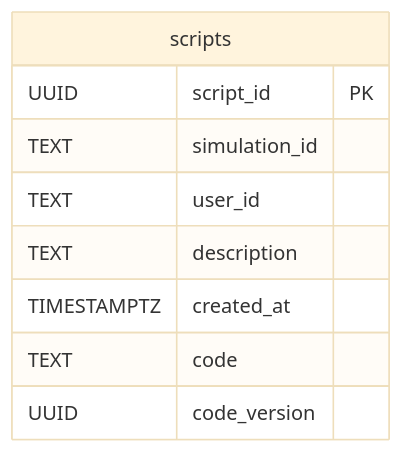
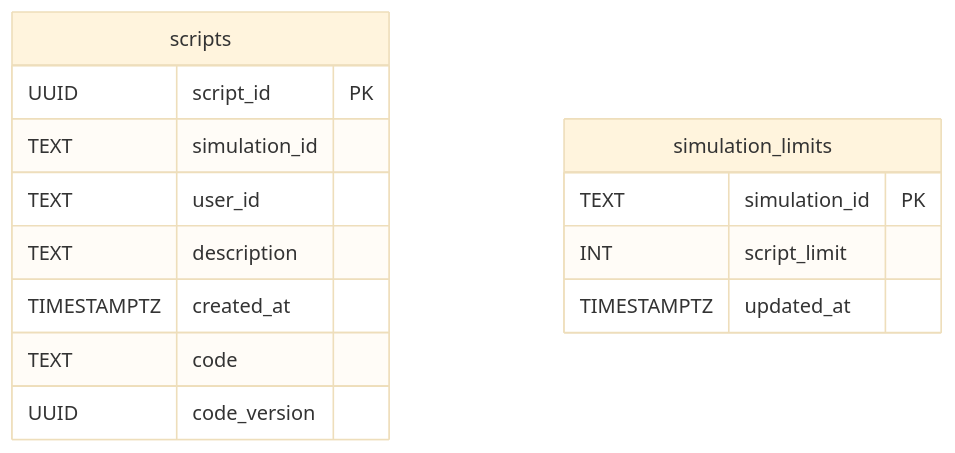
One commit to CeciliaGuo331/econ.simulator changed the second of 3 diagrams in docs/dev_handbook/2_DATA_AND_STORAGE.md. Above: the diagram before and after it, drawn with Mermaid (base theme). The commit also changed other lines of this file and 6 other files, not shown here.

````diff
--- a/docs/dev_handbook/2_DATA_AND_STORAGE.md
+++ b/docs/dev_handbook/2_DATA_AND_STORAGE.md
@@ -54,12 +66,17 @@
 ```mermaid
 erDiagram
     scripts {
         UUID script_id PK
         TEXT simulation_id
         TEXT user_id
         TEXT description
         TIMESTAMPTZ created_at
         TEXT code
         UUID code_version
-    }
+  }
+  simulation_limits {
+    TEXT simulation_id PK
+    INT script_limit
+    TIMESTAMPTZ updated_at
+  }
 ```
````
